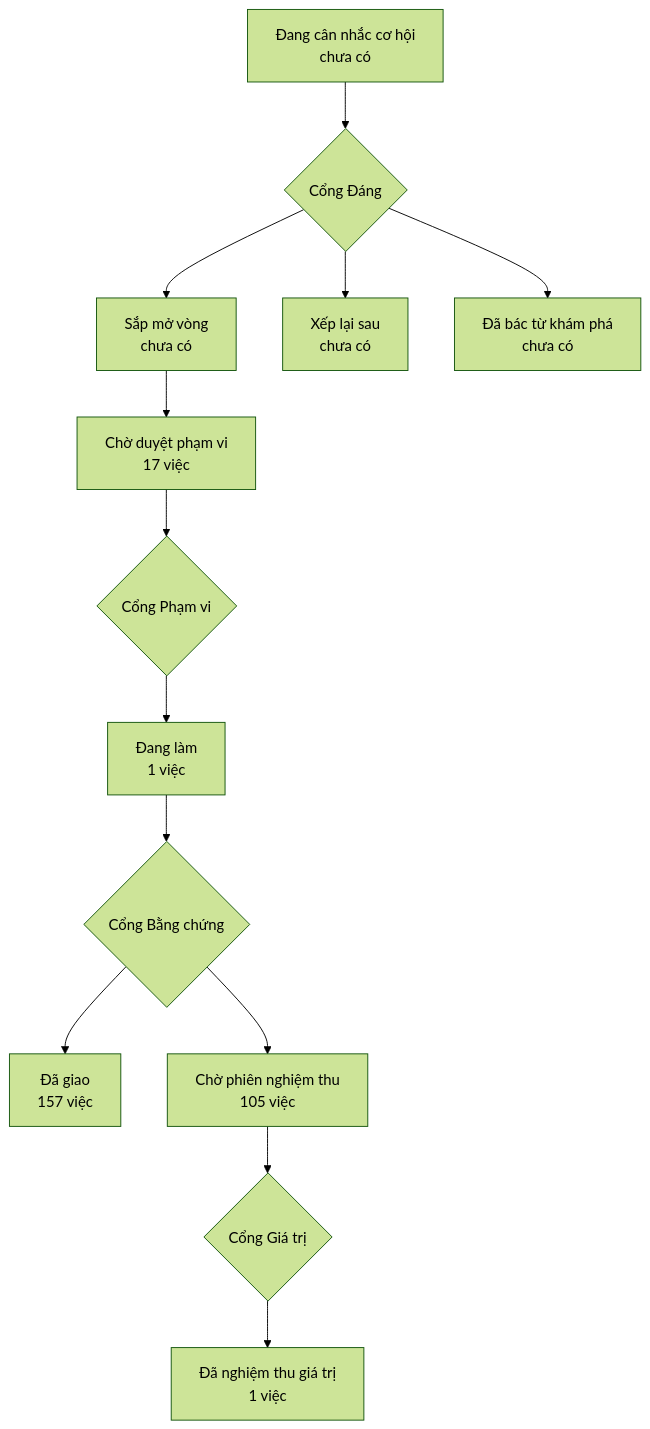
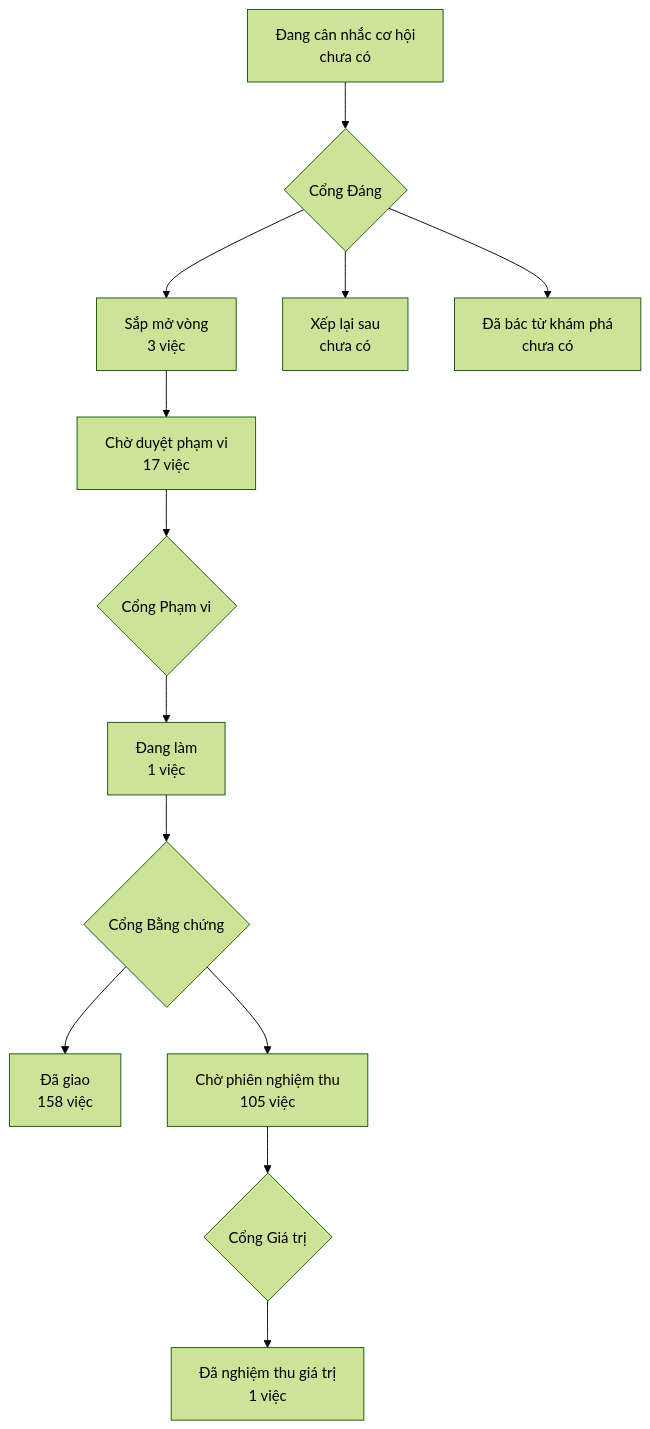
One commit to phanlemanh/onehub-invest changed the diagram in PRODUCT-MAP.md. Above: the diagram before and after it, drawn with Mermaid (forest theme). The commit also changed other lines of this file and 1 other file, not shown here.

````diff
--- a/PRODUCT-MAP.md
+++ b/PRODUCT-MAP.md
@@ -7,12 +7,12 @@
 ```mermaid
 flowchart TD
   A["Đang cân nhắc cơ hội<br/>chưa có"] --> GD{"Cổng Đáng"}
-  GD --> B["Sắp mở vòng<br/>chưa có"]
+  GD --> B["Sắp mở vòng<br/>3 việc"]
   GD --> XL["Xếp lại sau<br/>chưa có"]
   GD --> DB["Đã bác từ khám phá<br/>chưa có"]
   B --> CD["Chờ duyệt phạm vi<br/>17 việc"] --> GP{"Cổng Phạm vi"}
   GP --> DL["Đang làm<br/>1 việc"] --> GB{"Cổng Bằng chứng"}
-  GB --> DG["Đã giao<br/>157 việc"]
+  GB --> DG["Đã giao<br/>158 việc"]
   GB --> CN["Chờ phiên nghiệm thu<br/>105 việc"] --> GG{"Cổng Giá trị"}
   GG --> NT["Đã nghiệm thu giá trị<br/>1 việc"]
 ```
````
